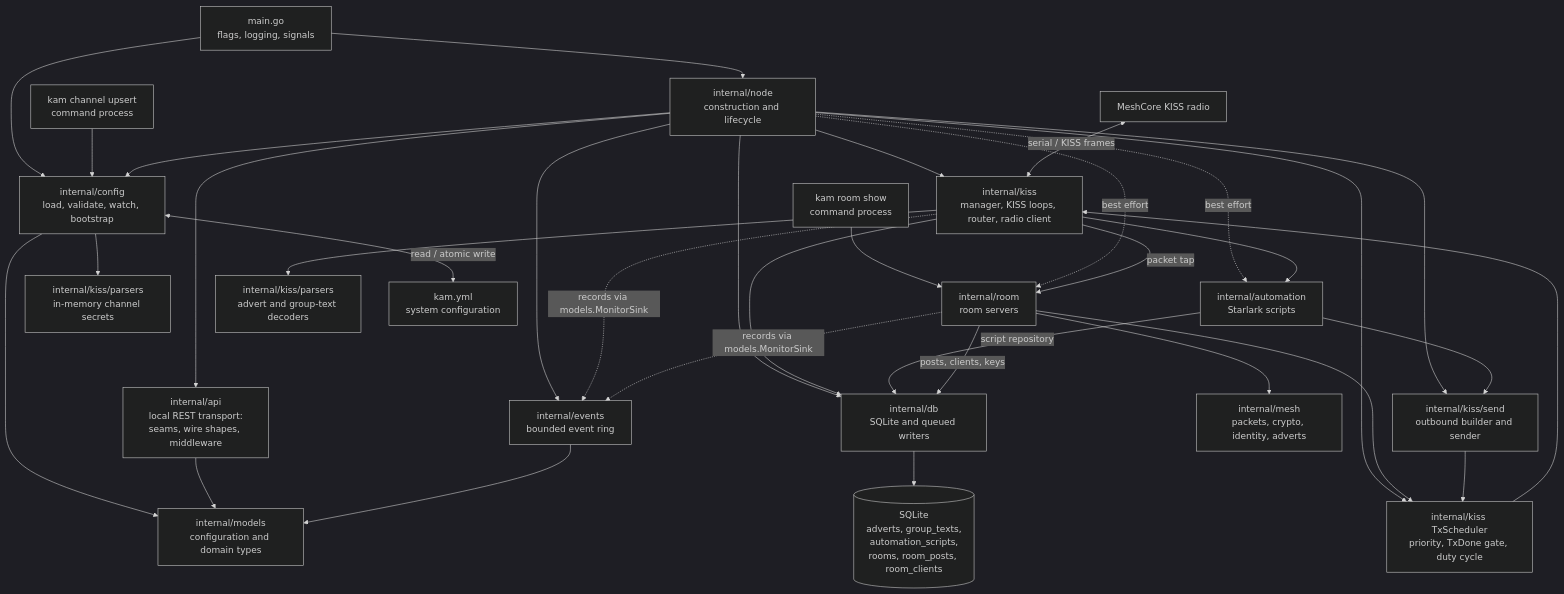
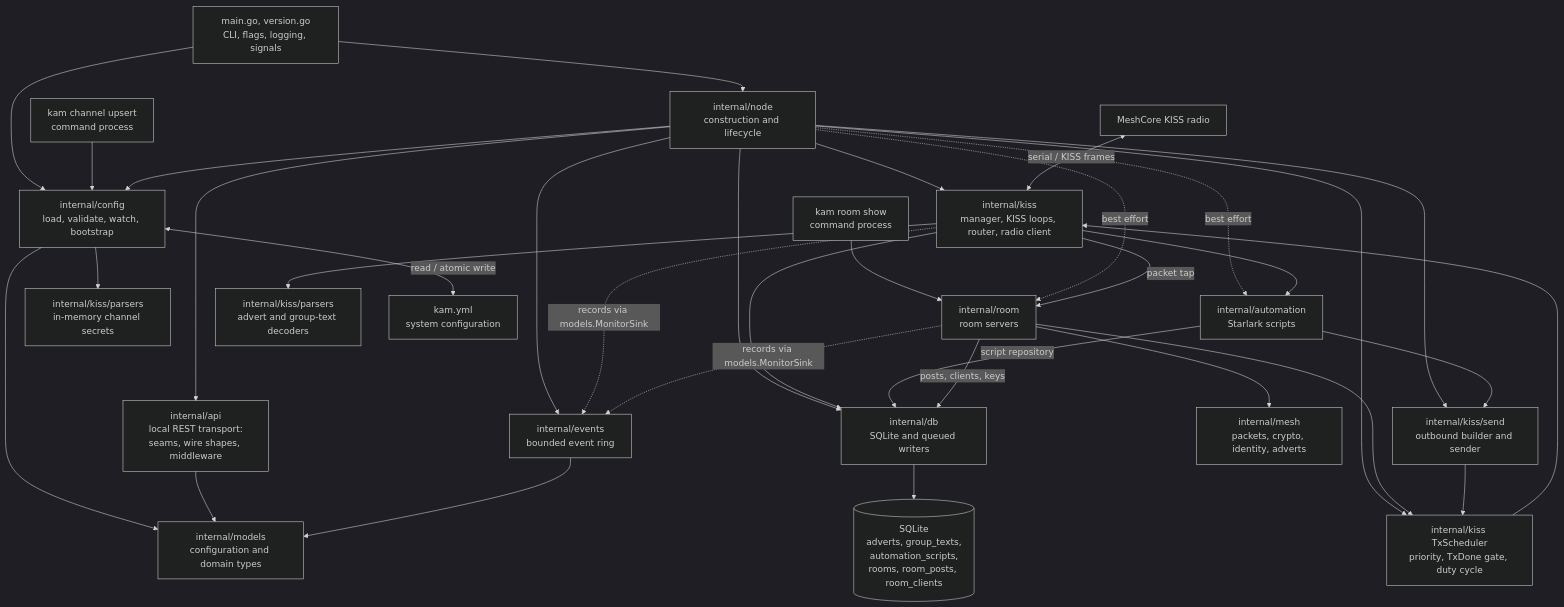
One commit to MauriceKremer/kam changed the first of 3 diagrams in docs/APP_STRUCTURE.md. Above: the diagram before and after it, drawn with Mermaid (dark theme). The commit also changed other lines of this file and 1 other file, not shown here.

First line of the commit message:
docs: cover kam version and running from source

````diff
--- a/docs/APP_STRUCTURE.md
+++ b/docs/APP_STRUCTURE.md
@@ -7,40 +7,40 @@
 ```mermaid
 flowchart TD
-    Main["main.go<br/>flags, logging, signals"] --> Node["internal/node<br/>construction and lifecycle"]
+    Main["main.go, version.go<br/>CLI, flags, logging, signals"] --> Node["internal/node<br/>construction and lifecycle"]
     Main --> Config["internal/config<br/>load, validate, watch, bootstrap"]
     CLI["kam channel upsert<br/>command process"] --> Config
     RoomCLI["kam room show<br/>command process"] --> Room
     Node --> Config
     Config --> Models["internal/models<br/>configuration and domain types"]
     Config --> TopicRegistry["internal/kiss/parsers<br/>in-memory channel secrets"]
 
     Node --> Manager["internal/kiss<br/>manager, KISS loops, router, radio client"]
     Node --> Persistence["internal/db<br/>SQLite and queued writers"]
     Node --> Sender["internal/kiss/send<br/>outbound builder and sender"]
     Node --> Scheduler["internal/kiss TxScheduler<br/>priority, TxDone gate, duty cycle"]
     Node -. "best effort" .-> Automation["internal/automation<br/>Starlark scripts"]
     Node -. "best effort" .-> Room["internal/room<br/>room servers"]
 
     Node --> API["internal/api<br/>local REST transport:<br/>seams, wire shapes, middleware"]
     API --> Models
     Node --> Events["internal/events<br/>bounded event ring"]
     Events --> Models
     Manager -. "records via models.MonitorSink" .-> Events
     Room -. "records via models.MonitorSink" .-> Events
 
     Manager --> Parsers["internal/kiss/parsers<br/>advert and group-text decoders"]
     Manager --> Persistence
     Manager --> Automation
     Manager -->|"packet tap"| Room
     Automation --> Sender
     Automation -->|"script repository"| Persistence
     Room -->|"posts, clients, keys"| Persistence
     Room --> Mesh["internal/mesh<br/>packets, crypto, identity, adverts"]
     Room --> Scheduler
     Sender --> Scheduler
     Scheduler --> Manager
 
     Radio["MeshCore KISS radio"] <-->|"serial / KISS frames"| Manager
     Persistence --> SQLite[("SQLite<br/>adverts, group_texts,<br/>automation_scripts,<br/>rooms, room_posts, room_clients")]
     Config <-->|"read / atomic write"| YAML["kam.yml<br/>system configuration"]
 ```
````
